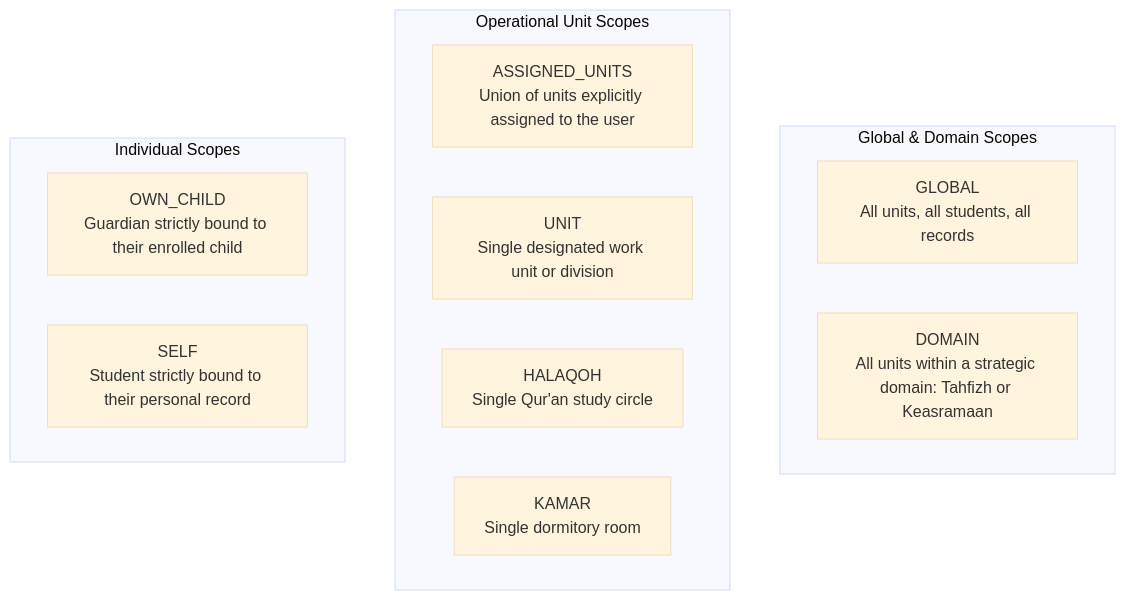
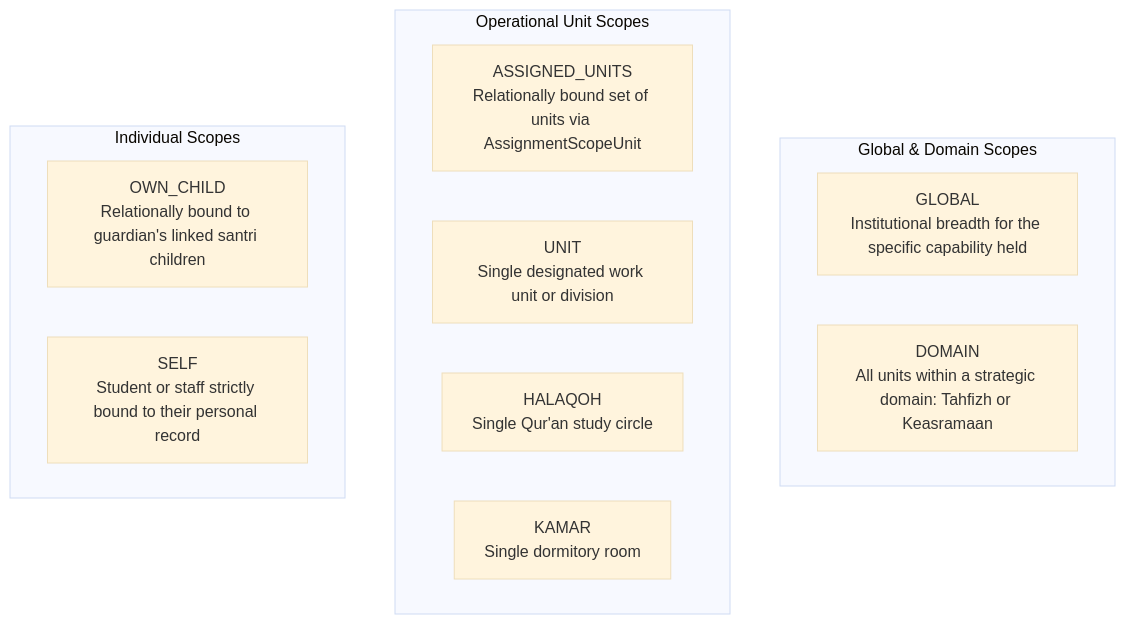
One commit to abdngr23-pixel/stq-education-portal changed the diagram in docs/STQ_SCOPE_MODEL.md. Above: the diagram before and after it, drawn with Mermaid (base theme). The commit also changed other lines of this file and 10 other files, not shown here.

Commit message:
fix(arch): normalize STQ architecture lock contracts and separate business boundaries

````diff
--- a/docs/STQ_SCOPE_MODEL.md
+++ b/docs/STQ_SCOPE_MODEL.md
@@ -12,19 +12,19 @@
 ```mermaid
 graph TD
     subgraph Global & Domain Scopes
-        G[GLOBAL<br/>All units, all students, all records]
+        G[GLOBAL<br/>Institutional breadth for the specific capability held]
         D[DOMAIN<br/>All units within a strategic domain: Tahfizh or Keasramaan]
     end
 
     subgraph Operational Unit Scopes
-        AU[ASSIGNED_UNITS<br/>Union of units explicitly assigned to the user]
+        AU[ASSIGNED_UNITS<br/>Relationally bound set of units via AssignmentScopeUnit]
         U[UNIT<br/>Single designated work unit or division]
         H[HALAQOH<br/>Single Qur'an study circle]
         K[KAMAR<br/>Single dormitory room]
     end
 
     subgraph Individual Scopes
-        OC[OWN_CHILD<br/>Guardian strictly bound to their enrolled child]
-        S[SELF<br/>Student strictly bound to their personal record]
+        OC[OWN_CHILD<br/>Relationally bound to guardian's linked santri children]
+        S[SELF<br/>Student or staff strictly bound to their personal record]
     end
 ```
````
